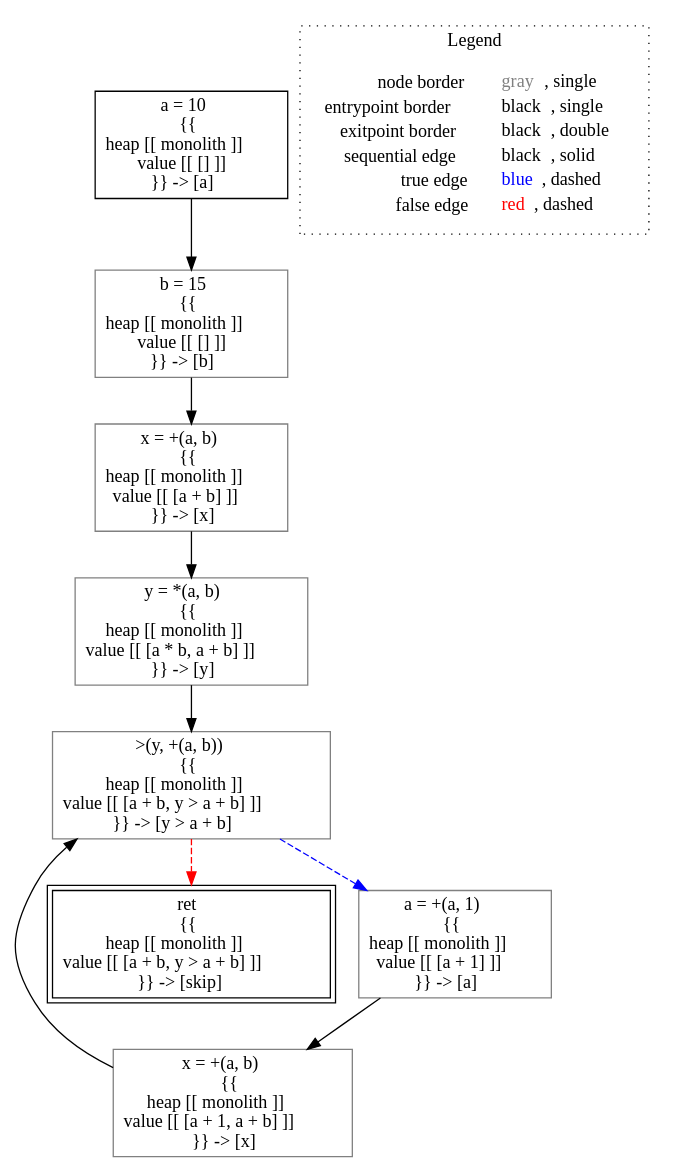
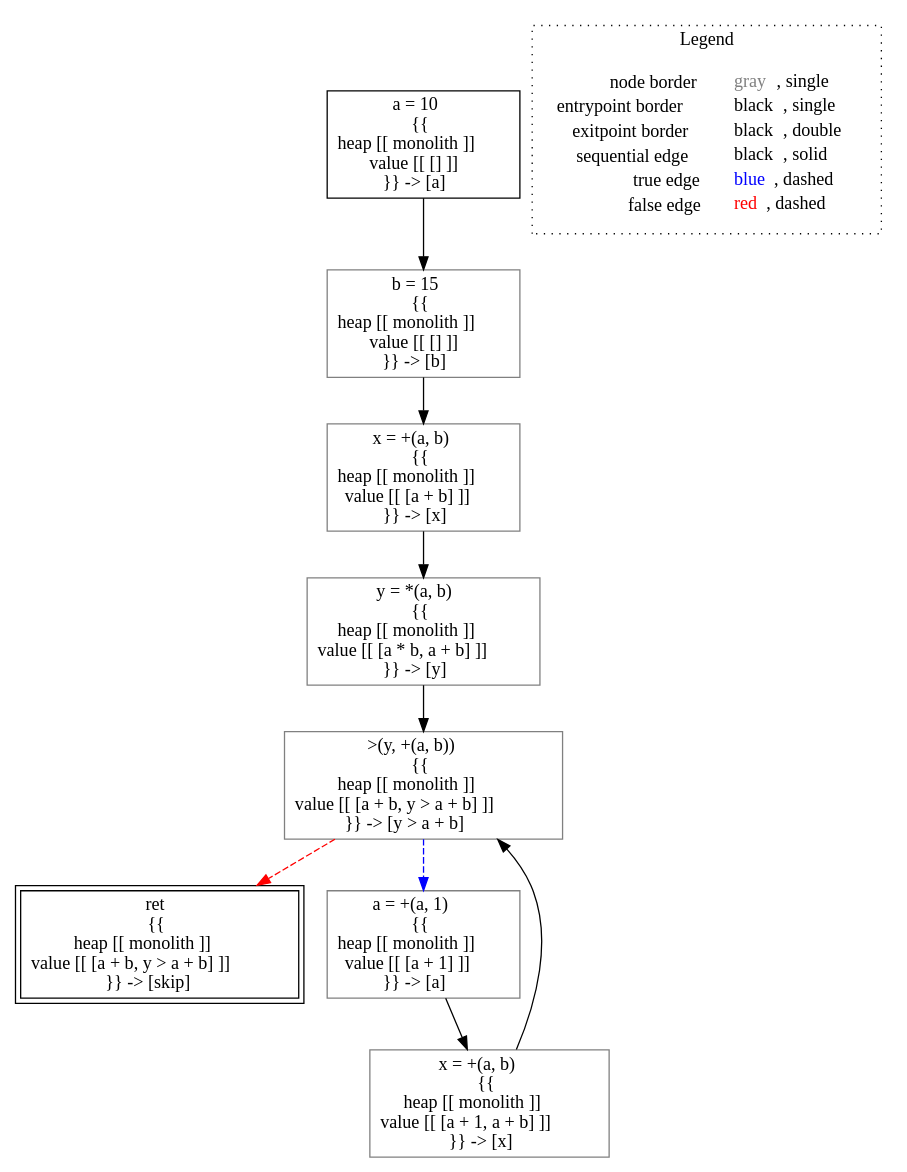
Before and after one commit to lucaneg/scsr-2022: the diagram in outputs/analysis___untyped_AvailableExpressions.dataFlowTest(AvailableExpressions__this).dot, drawn with Graphviz. The commit also changed 4 other files, not shown here.

```diff
--- a/outputs/analysis___untyped_AvailableExpressions.dataFlowTest(AvailableExpressions__this).dot
+++ b/outputs/analysis___untyped_AvailableExpressions.dataFlowTest(AvailableExpressions__this).dot
@@ -1,25 +1,25 @@
 digraph {
 	"node0" [shape="rect",color="black",label=<a = 10<BR/>{{<BR/>heap [[ monolith ]]<BR/>value [[ [] ]]<BR/>}} -&gt; [a]>];
-	"node1" [shape="rect",color="gray",label=<x = +(a, b)<BR/>{{<BR/>heap [[ monolith ]]<BR/>value [[ [a + 1, a + b] ]]<BR/>}} -&gt; [x]>];
+	"node1" [shape="rect",color="gray",label=<x = +(a, b)<BR/>{{<BR/>heap [[ monolith ]]<BR/>value [[ [a + b] ]]<BR/>}} -&gt; [x]>];
 	"node2" [shape="rect",color="black",peripheries="2",label=<ret<BR/>{{<BR/>heap [[ monolith ]]<BR/>value [[ [a + b, y &gt; a + b] ]]<BR/>}} -&gt; [skip]>];
-	"node3" [shape="rect",color="gray",label=<b = 15<BR/>{{<BR/>heap [[ monolith ]]<BR/>value [[ [] ]]<BR/>}} -&gt; [b]>];
-	"node4" [shape="rect",color="gray",label=<&gt;(y, +(a, b))<BR/>{{<BR/>heap [[ monolith ]]<BR/>value [[ [a + b, y &gt; a + b] ]]<BR/>}} -&gt; [y &gt; a + b]>];
-	"node5" [shape="rect",color="gray",label=<x = +(a, b)<BR/>{{<BR/>heap [[ monolith ]]<BR/>value [[ [a + b] ]]<BR/>}} -&gt; [x]>];
+	"node3" [shape="rect",color="gray",label=<a = +(a, 1)<BR/>{{<BR/>heap [[ monolith ]]<BR/>value [[ [a + 1] ]]<BR/>}} -&gt; [a]>];
+	"node4" [shape="rect",color="gray",label=<b = 15<BR/>{{<BR/>heap [[ monolith ]]<BR/>value [[ [] ]]<BR/>}} -&gt; [b]>];
+	"node5" [shape="rect",color="gray",label=<&gt;(y, +(a, b))<BR/>{{<BR/>heap [[ monolith ]]<BR/>value [[ [a + b, y &gt; a + b] ]]<BR/>}} -&gt; [y &gt; a + b]>];
 	"node6" [shape="rect",color="gray",label=<y = *(a, b)<BR/>{{<BR/>heap [[ monolith ]]<BR/>value [[ [a * b, a + b] ]]<BR/>}} -&gt; [y]>];
-	"node7" [shape="rect",color="gray",label=<a = +(a, 1)<BR/>{{<BR/>heap [[ monolith ]]<BR/>value [[ [a + 1] ]]<BR/>}} -&gt; [a]>];
-	"node1" -> "node4" [color="black"];
-	"node0" -> "node3" [color="black"];
-	"node3" -> "node5" [color="black"];
-	"node4" -> "node2" [color="red",style="dashed"];
-	"node4" -> "node7" [color="blue",style="dashed"];
-	"node5" -> "node6" [color="black"];
-	"node6" -> "node4" [color="black"];
-	"node7" -> "node1" [color="black"];
+	"node7" [shape="rect",color="gray",label=<x = +(a, b)<BR/>{{<BR/>heap [[ monolith ]]<BR/>value [[ [a + 1, a + b] ]]<BR/>}} -&gt; [x]>];
+	"node1" -> "node6" [color="black"];
+	"node3" -> "node7" [color="black"];
+	"node4" -> "node1" [color="black"];
+	"node5" -> "node2" [color="red",style="dashed"];
+	"node5" -> "node3" [color="blue",style="dashed"];
+	"node0" -> "node4" [color="black"];
+	"node6" -> "node5" [color="black"];
+	"node7" -> "node5" [color="black"];
 subgraph cluster_legend {
 	label="Legend";
 	style=dotted;
 	node [shape=plaintext];
 	"legend" [label=<<table border="0" cellpadding="2" cellspacing="0" cellborder="0"><tr><td align="right">node border&nbsp;</td><td align="left"><font color="gray">gray</font>, single</td></tr><tr><td align="right">entrypoint border&nbsp;</td><td align="left"><font color="black">black</font>, single</td></tr><tr><td align="right">exitpoint border&nbsp;</td><td align="left"><font color="black">black</font>, double</td></tr><tr><td align="right">sequential edge&nbsp;</td><td align="left"><font color="black">black</font>, solid</td></tr><tr><td align="right">true edge&nbsp;</td><td align="left"><font color="blue">blue</font>, dashed</td></tr><tr><td align="right">false edge&nbsp;</td><td align="left"><font color="red">red</font>, dashed</td></tr></table>>];
 }
 
 }
```
